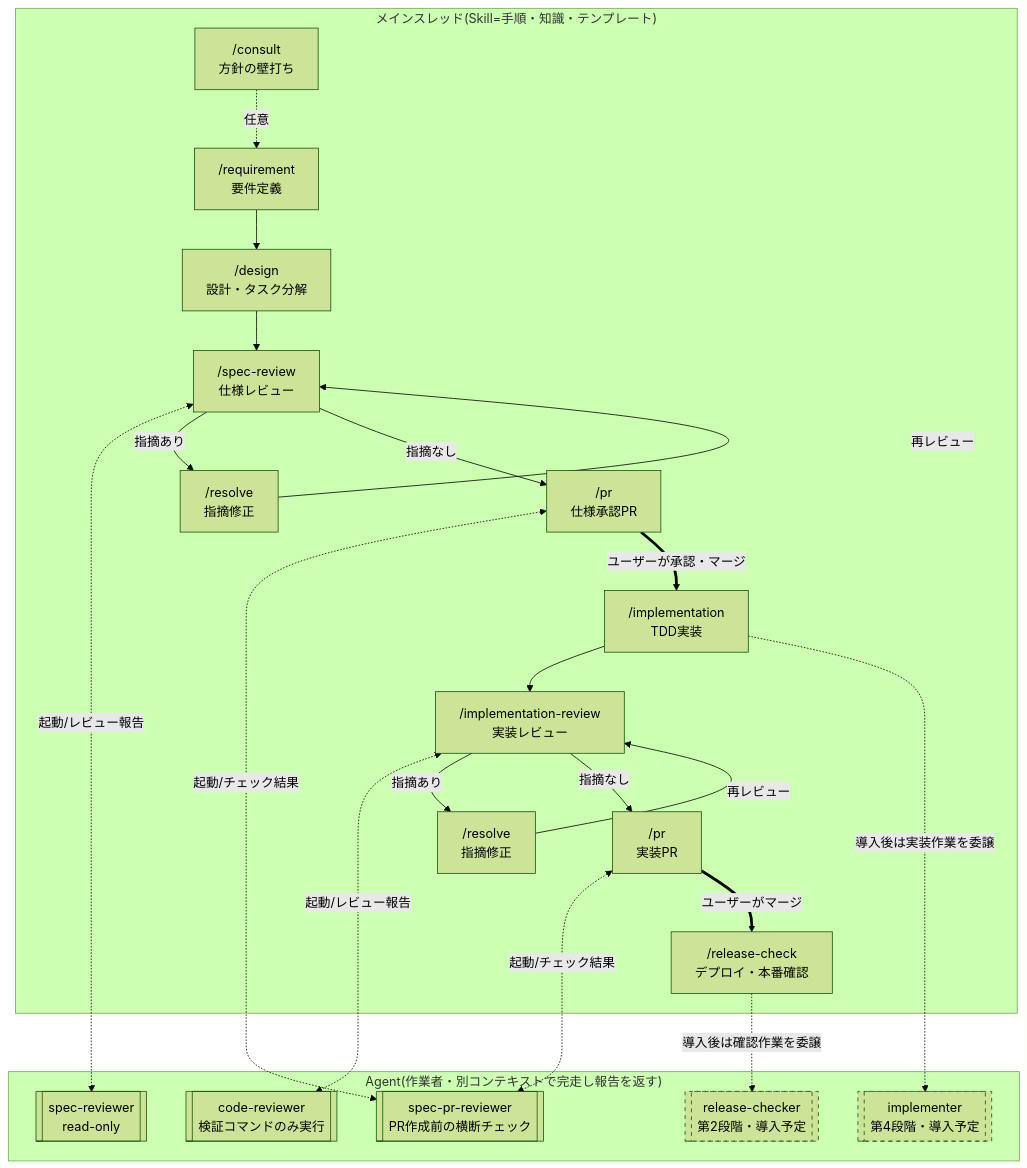
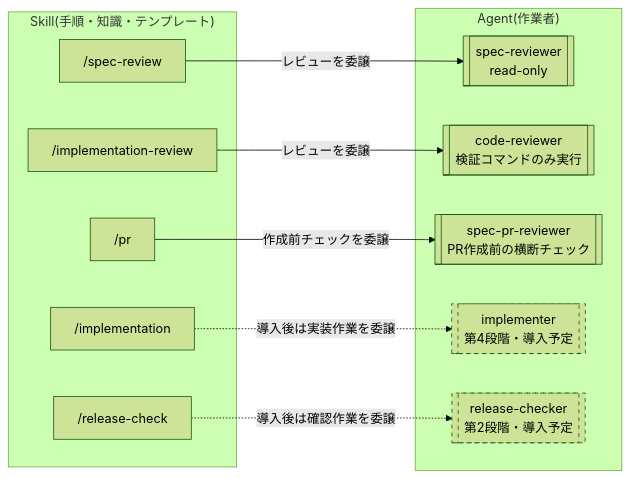
The third of 3 diagrams in docs/adr/0002-skill-agent-separation.md (zakiyama0108/benriyatool), drawn with Mermaid (forest theme) before and after one commit. The commit also changed other lines of this file, not shown here.

Commit message:
docs: ADR0002のフロー図をREADME同様に3分割し、工程別Skill・Agent呼び出し対応を明示

````diff
--- a/docs/adr/0002-skill-agent-separation.md
+++ b/docs/adr/0002-skill-agent-separation.md
@@ -46,46 +106,27 @@
 ```mermaid
-flowchart TD
-    subgraph mainthread["メインスレッド(Skill=手順・知識・テンプレート)"]
-        consult["/consult<br>方針の壁打ち"]
-        requirement["/requirement<br>要件定義"]
-        design["/design<br>設計・タスク分解"]
-        specreview["/spec-review<br>仕様レビュー"]
-        resolve1["/resolve<br>指摘修正"]
-        prspec["/pr<br>仕様承認PR"]
-        implementation["/implementation<br>TDD実装"]
-        implreview["/implementation-review<br>実装レビュー"]
-        resolve2["/resolve<br>指摘修正"]
-        primpl["/pr<br>実装PR"]
-        release["/release-check<br>デプロイ・本番確認"]
+flowchart LR
+    subgraph skills["Skill(手順・知識・テンプレート)"]
+        s_specreview["/spec-review"]
+        s_implreview["/implementation-review"]
+        s_pr["/pr"]
+        s_impl["/implementation"]
+        s_release["/release-check"]
     end
 
-    subgraph agents["Agent(作業者・別コンテキストで完走し報告を返す)"]
+    subgraph agents["Agent(作業者)"]
         specreviewer[["spec-reviewer<br>read-only"]]
         codereviewer[["code-reviewer<br>検証コマンドのみ実行"]]
         specprreviewer[["spec-pr-reviewer<br>PR作成前の横断チェック"]]
+        implementer[["implementer<br>第4段階・導入予定"]]
         releasechecker[["release-checker<br>第2段階・導入予定"]]
-        implementer[["implementer<br>第4段階・導入予定"]]
     end
 
-    consult -.任意.-> requirement
-    requirement --> design
-    design --> specreview
-    specreview <-.起動/レビュー報告.-> specreviewer
-    specreview -->|指摘あり| resolve1
-    resolve1 -->|再レビュー| specreview
-    specreview -->|指摘なし| prspec
-    prspec <-.起動/チェック結果.-> specprreviewer
-    prspec ==>|ユーザーが承認・マージ| implementation
-    implementation --> implreview
-    implreview <-.起動/レビュー報告.-> codereviewer
-    implreview -->|指摘あり| resolve2
-    resolve2 -->|再レビュー| implreview
-    implreview -->|指摘なし| primpl
-    primpl <-.起動/チェック結果.-> specprreviewer
-    primpl ==>|ユーザーがマージ| release
-    implementation -.導入後は実装作業を委譲.-> implementer
-    release -.導入後は確認作業を委譲.-> releasechecker
+    s_specreview -->|レビューを委譲| specreviewer
+    s_implreview -->|レビューを委譲| codereviewer
+    s_pr -->|作成前チェックを委譲| specprreviewer
+    s_impl -.導入後は実装作業を委譲.-> implementer
+    s_release -.導入後は確認作業を委譲.-> releasechecker
 
+    style implementer stroke-dasharray: 5 5
     style releasechecker stroke-dasharray: 5 5
-    style implementer stroke-dasharray: 5 5
 ```
````
